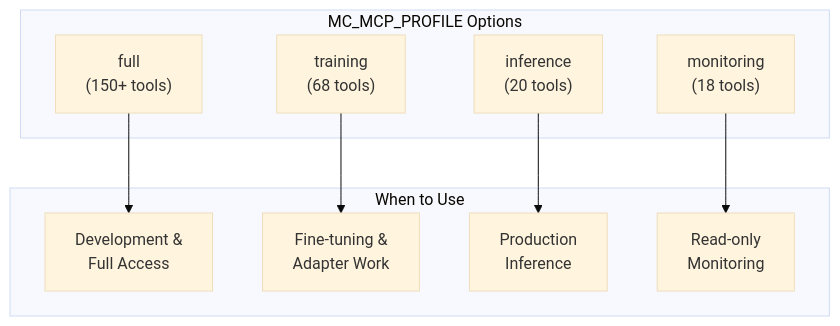
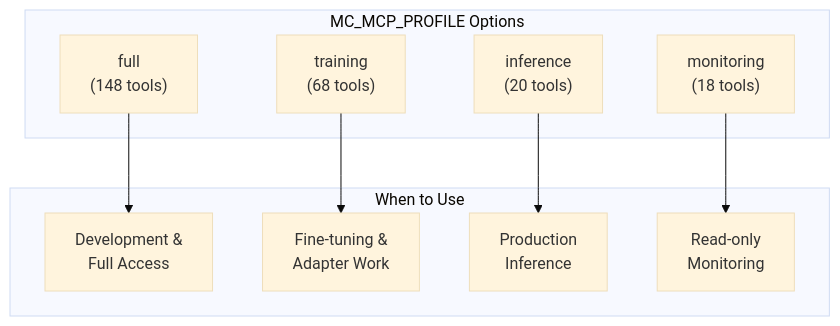
The diagram in docs/MCP-CONFIGURATION.md (Ethyros-AI/ModelCypher), drawn with Mermaid (base theme) before and after one commit. The commit also changed other lines of this file and 12 other files, not shown here.

````diff
--- a/docs/MCP-CONFIGURATION.md
+++ b/docs/MCP-CONFIGURATION.md
@@ -175,21 +175,21 @@
 ```mermaid
 flowchart TB
     subgraph PROFILES["MC_MCP_PROFILE Options"]
-        FULL["full<br/>(150+ tools)"]
+        FULL["full<br/>(148 tools)"]
         TRAIN["training<br/>(68 tools)"]
         INFER["inference<br/>(20 tools)"]
         MON["monitoring<br/>(18 tools)"]
     end
 
     subgraph USE_CASES["When to Use"]
         UC1["Development &<br/>Full Access"]
         UC2["Fine-tuning &<br/>Adapter Work"]
         UC3["Production<br/>Inference"]
         UC4["Read-only<br/>Monitoring"]
     end
 
     FULL --> UC1
     TRAIN --> UC2
     INFER --> UC3
     MON --> UC4
 ```
````
